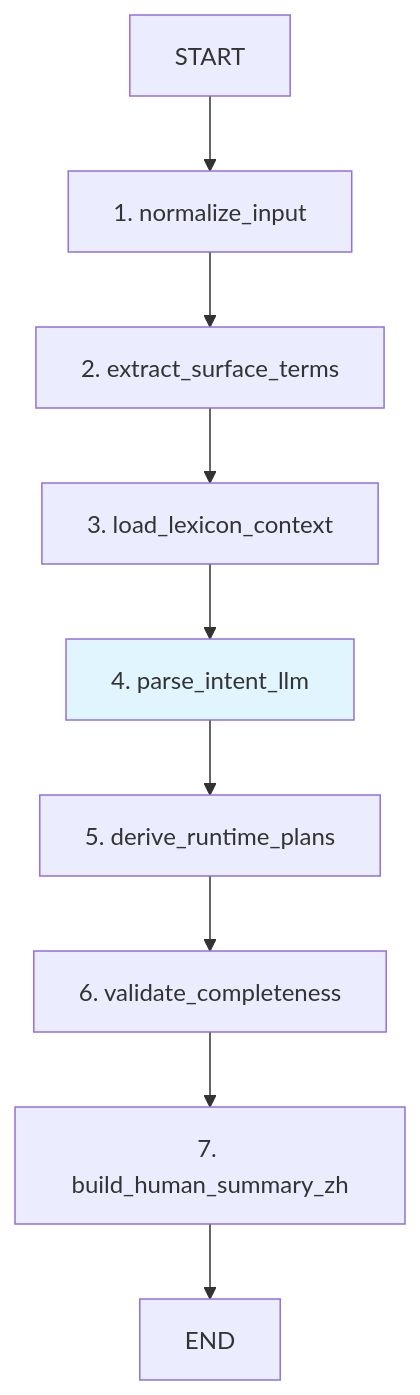
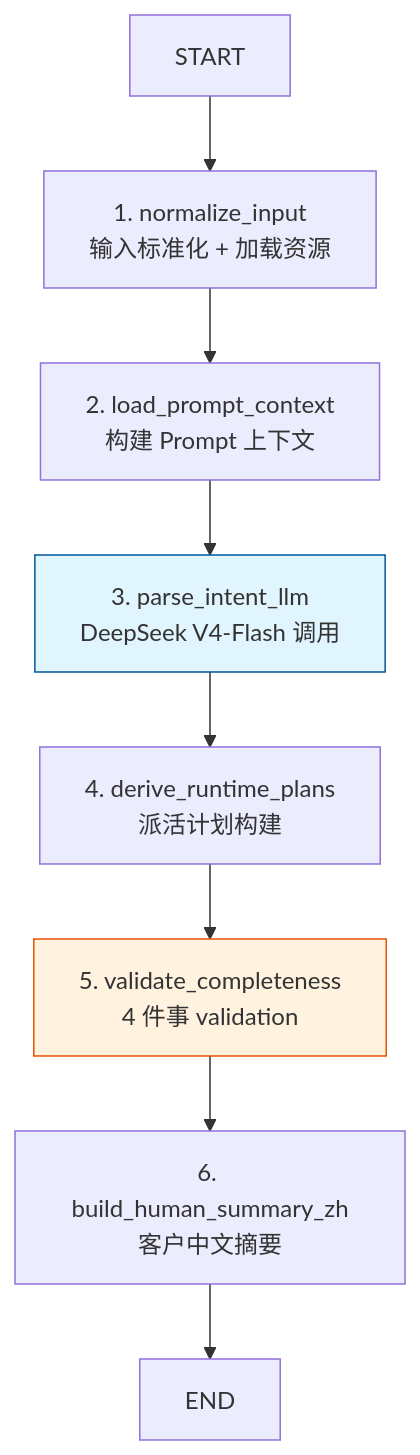
The first of 3 diagrams in docs/options-trader/03_intake.md (ChunmiaoYu/Projects-Wiki), drawn with Mermaid before and after one commit. The commit also changed other lines of this file and 8 other files, not shown here.

````diff
--- a/docs/options-trader/03_intake.md
+++ b/docs/options-trader/03_intake.md
@@ -35,13 +165,13 @@
 ```mermaid
 graph TD
-    S["START"] --> A["1. normalize_input"]
-    A --> B["2. extract_surface_terms"]
-    B --> C["3. load_lexicon_context"]
-    C --> D["4. parse_intent_llm"]
-    D --> E["5. derive_runtime_plans"]
-    E --> F["6. validate_completeness"]
-    F --> G["7. build_human_summary_zh"]
-    G --> END_NODE["END"]
+    S["START"] --> A["1. normalize_input<br/>输入标准化 + 加载资源"]
+    A --> B["2. load_prompt_context<br/>构建 Prompt 上下文"]
+    B --> C["3. parse_intent_llm<br/>DeepSeek V4-Flash 调用"]
+    C --> D["4. derive_runtime_plans<br/>派活计划构建"]
+    D --> E["5. validate_completeness<br/>4 件事 validation"]
+    E --> F["6. build_human_summary_zh<br/>客户中文摘要"]
+    F --> END_NODE["END"]
 
-    style D fill:#e1f5fe
+    style C fill:#e1f5fe,stroke:#01579b
+    style E fill:#fff3e0,stroke:#e65100
 ```
````
